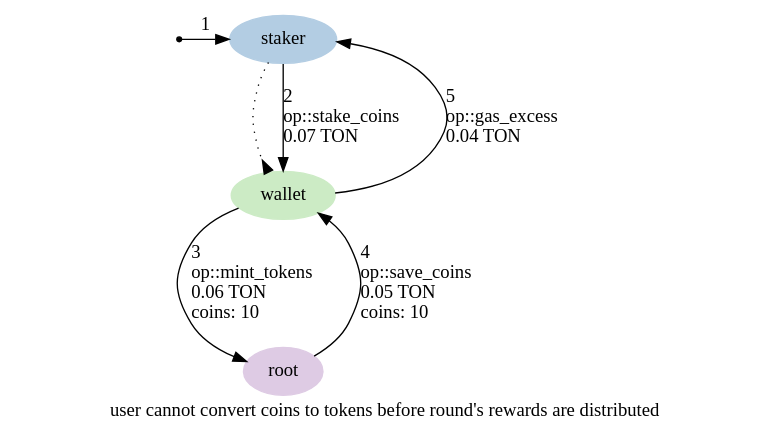
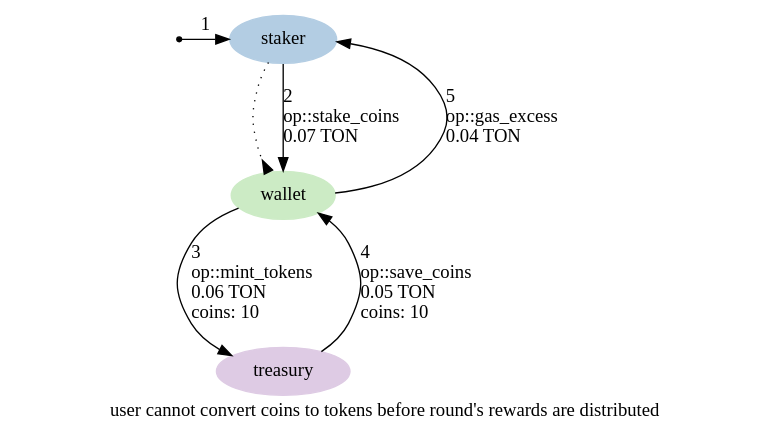
The diagram in graphs/02.1-stake-coins-too-soon.dot (HipoFinance/contract), drawn with Graphviz before and after one commit. The commit also changed 23 other files, not shown here.

Commit message:
Rename root to treasury

```diff
--- a/graphs/02.1-stake-coins-too-soon.dot
+++ b/graphs/02.1-stake-coins-too-soon.dot
@@ -1,22 +1,22 @@
 digraph {
     label="user cannot convert coins to tokens before round's rewards are distributed"
     node [ colorscheme=pastel19 style=filled ]
 
     /* Entities */
     external [ shape=point ]
     staker [ color=2 ]
     wallet [ color=3 ]
-    root [ color=4 ]
+    treasury [ color=4 ]
 
     /* Relationships */
     staker -> wallet [ arrowhead=inv style=dotted ]
     external -> staker [ label="1" ]
     staker -> wallet [ label="2\l op::stake_coins\l 0.07 TON\l" ]
-    wallet -> root [ label="3\l op::mint_tokens\l 0.06 TON\l coins: 10\l" ]
-    root -> wallet [ label="4\l op::save_coins\l 0.05 TON\l coins: 10\l" ]
+    wallet -> treasury [ label="3\l op::mint_tokens\l 0.06 TON\l coins: 10\l" ]
+    treasury -> wallet [ label="4\l op::save_coins\l 0.05 TON\l coins: 10\l" ]
     wallet -> staker [ label="5\l op::gas_excess\l 0.04 TON\l" ]
 
     /* Ranks */
     { rank=min external staker }
-    { rank=max root }
+    { rank=max treasury }
 }
```
